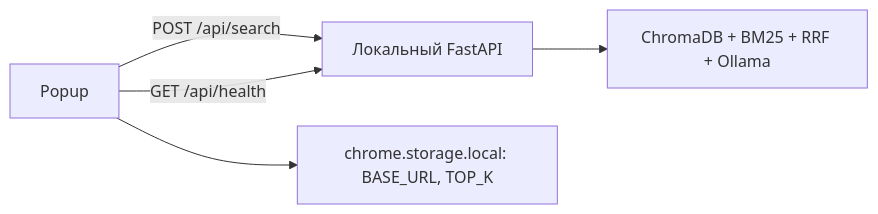
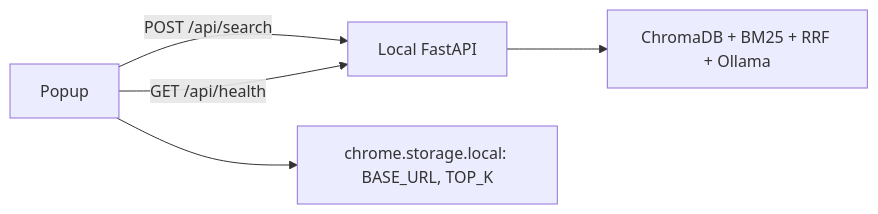
The diagram in README.md (OlegUshakov-pl/APEX-Snap-Chrome-Extension), drawn with Mermaid before and after one commit. The commit also changed other lines of this file and 7 other files, not shown here.

````diff
--- a/README.md
+++ b/README.md
@@ -91,7 +89,7 @@
 ```mermaid
 graph LR
-    A[Popup] -->|POST /api/search| B[Локальный FastAPI]
+    A[Popup] -->|POST /api/search| B[Local FastAPI]
     A -->|GET /api/health| B
     B --> C[ChromaDB + BM25 + RRF + Ollama]
     A --> D[chrome.storage.local: BASE_URL, TOP_K]
 ```
````
